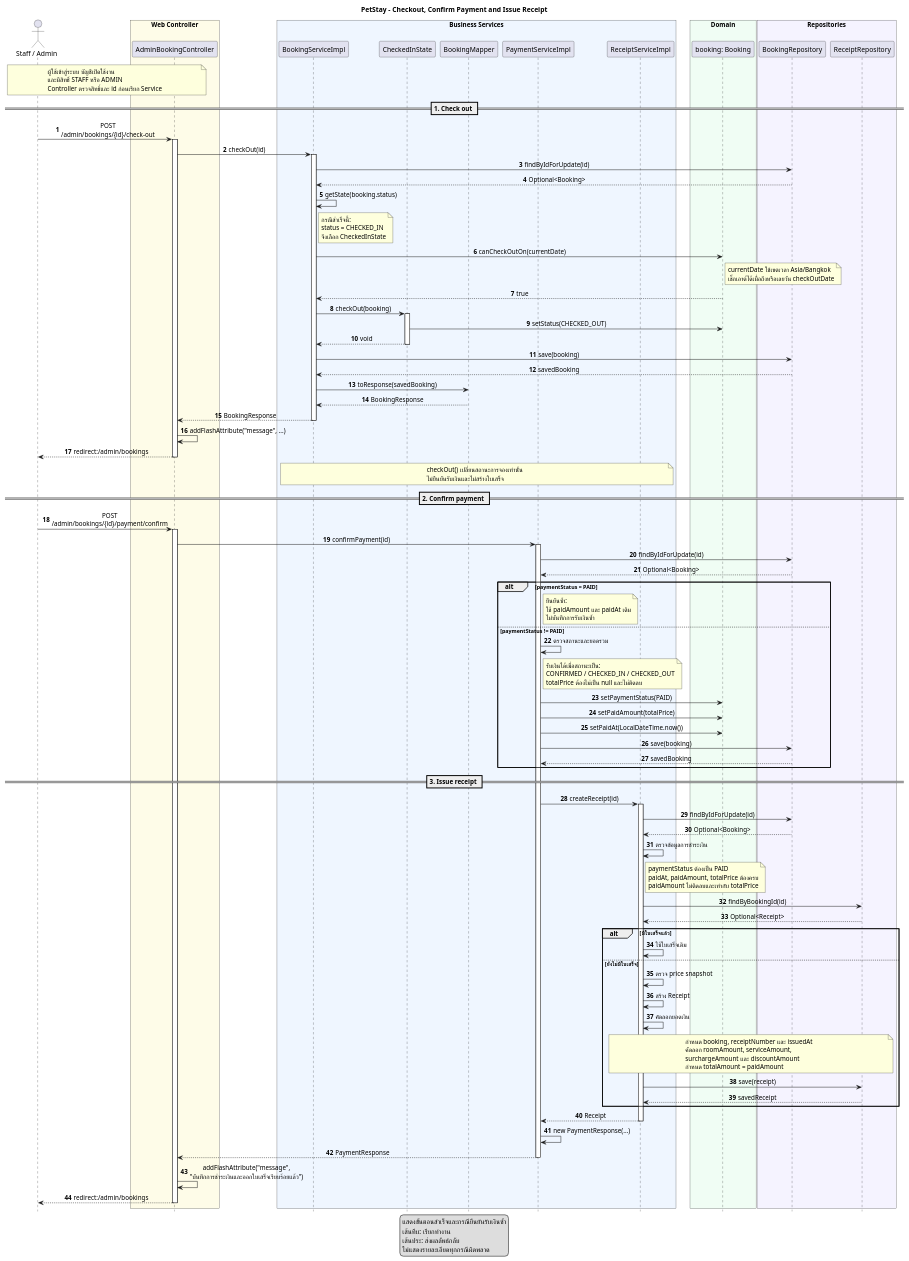
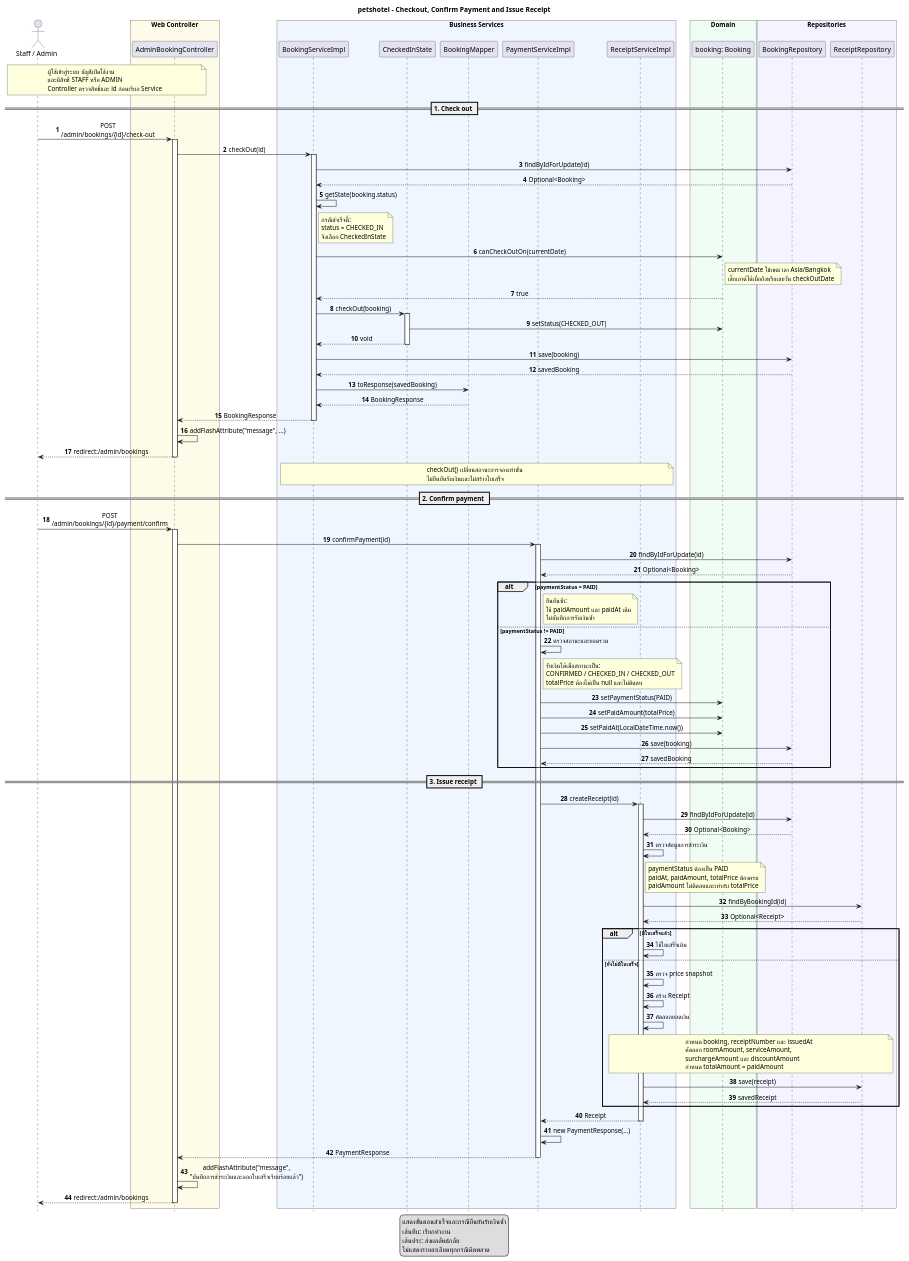
Before and after one commit to Tanut-oam/PetsHotel_Project: the diagram in doc/diagrams/sequence-checkout.puml, drawn with PlantUML. The commit also changed 3 other files, not shown here.

Commit message:
docs: rename diagram titles to petshotel

```diff
--- a/doc/diagrams/sequence-checkout.puml
+++ b/doc/diagrams/sequence-checkout.puml
@@ -1,183 +1,183 @@
 @startuml sequence-checkout
 
-title PetStay - Checkout, Confirm Payment and Issue Receipt
+title petshotel - Checkout, Confirm Payment and Issue Receipt
 
 autonumber
 hide footbox
 
 skinparam defaultFontName Tahoma
 skinparam shadowing false
 skinparam sequenceMessageAlign center
 skinparam responseMessageBelowArrow true
 skinparam maxMessageSize 220
 
 actor "Staff / Admin" as Staff
 
 box "Web Controller" #FEFCE8
     participant AdminBookingController as Controller
 end box
 
 box "Business Services" #EFF6FF
     participant BookingServiceImpl as BookingService
     participant CheckedInState as State
     participant BookingMapper as Mapper
     participant PaymentServiceImpl as PaymentService
     participant ReceiptServiceImpl as ReceiptService
 end box
 
 box "Domain" #F0FDF4
     participant "booking: Booking" as Booking
 end box
 
 box "Repositories" #F5F3FF
     participant BookingRepository as BookingRepo
     participant ReceiptRepository as ReceiptRepo
 end box
 
 note over Staff, Controller
     ผู้ใช้เข้าสู่ระบบ บัญชีเปิดใช้งาน
     และมีสิทธิ์ STAFF หรือ ADMIN
     Controller ตรวจสิทธิ์และ id ก่อนเรียก Service
 end note
 
 == 1. Check out ==
 
 Staff -> Controller : POST /admin/bookings/{id}/check-out
 activate Controller
 
 Controller -> BookingService : checkOut(id)
 activate BookingService
 
 BookingService -> BookingRepo : findByIdForUpdate(id)
 BookingRepo --> BookingService : Optional<Booking>
 
 BookingService -> BookingService : getState(booking.status)
 note right of BookingService
     กรณีสำเร็จนี้:
     status = CHECKED_IN
     จึงเลือก CheckedInState
 end note
 
 BookingService -> Booking : canCheckOutOn(currentDate)
 note right of Booking
     currentDate ใช้เขตเวลา Asia/Bangkok
     เช็กเอาต์ได้เมื่อถึงหรือเลยวัน checkOutDate
 end note
 Booking --> BookingService : true
 
 BookingService -> State : checkOut(booking)
 activate State
 State -> Booking : setStatus(CHECKED_OUT)
 State --> BookingService : void
 deactivate State
 
 BookingService -> BookingRepo : save(booking)
 BookingRepo --> BookingService : savedBooking
 
 BookingService -> Mapper : toResponse(savedBooking)
 Mapper --> BookingService : BookingResponse
 
 BookingService --> Controller : BookingResponse
 deactivate BookingService
 
 Controller -> Controller : addFlashAttribute("message", ...)
 Controller --> Staff : redirect:/admin/bookings
 deactivate Controller
 
 note over BookingService, ReceiptService
     checkOut() เปลี่ยนสถานะการจองเท่านั้น
     ไม่ยืนยันรับเงินและไม่สร้างใบเสร็จ
 end note
 
 == 2. Confirm payment ==
 
 Staff -> Controller : POST /admin/bookings/{id}/payment/confirm
 activate Controller
 
 Controller -> PaymentService : confirmPayment(id)
 activate PaymentService
 
 PaymentService -> BookingRepo : findByIdForUpdate(id)
 BookingRepo --> PaymentService : Optional<Booking>
 
 alt paymentStatus = PAID
     note right of PaymentService
         ยืนยันซ้ำ:
         ใช้ paidAmount และ paidAt เดิม
         ไม่บันทึกการรับเงินซ้ำ
     end note
 
 else paymentStatus != PAID
     PaymentService -> PaymentService : ตรวจสถานะและยอดรวม
 
     note right of PaymentService
         รับเงินได้เมื่อสถานะเป็น:
         CONFIRMED / CHECKED_IN / CHECKED_OUT
         totalPrice ต้องไม่เป็น null และไม่ติดลบ
     end note
 
     PaymentService -> Booking : setPaymentStatus(PAID)
     PaymentService -> Booking : setPaidAmount(totalPrice)
     PaymentService -> Booking : setPaidAt(LocalDateTime.now())
 
     PaymentService -> BookingRepo : save(booking)
     BookingRepo --> PaymentService : savedBooking
 end
 
 == 3. Issue receipt ==
 
 PaymentService -> ReceiptService : createReceipt(id)
 activate ReceiptService
 
 ReceiptService -> BookingRepo : findByIdForUpdate(id)
 BookingRepo --> ReceiptService : Optional<Booking>
 
 ReceiptService -> ReceiptService : ตรวจข้อมูลการชำระเงิน
 
 note right of ReceiptService
     paymentStatus ต้องเป็น PAID
     paidAt, paidAmount, totalPrice ต้องครบ
     paidAmount ไม่ติดลบและเท่ากับ totalPrice
 end note
 
 ReceiptService -> ReceiptRepo : findByBookingId(id)
 ReceiptRepo --> ReceiptService : Optional<Receipt>
 
 alt มีใบเสร็จแล้ว
     ReceiptService -> ReceiptService : ใช้ใบเสร็จเดิม
 
 else ยังไม่มีใบเสร็จ
     ReceiptService -> ReceiptService : ตรวจ price snapshot
     ReceiptService -> ReceiptService : สร้าง Receipt
     ReceiptService -> ReceiptService : คัดลอกยอดเงิน
 
     note over ReceiptService, ReceiptRepo
         กำหนด booking, receiptNumber และ issuedAt
         คัดลอก roomAmount, serviceAmount,
         surchargeAmount และ discountAmount
         กำหนด totalAmount = paidAmount
     end note
 
     ReceiptService -> ReceiptRepo : save(receipt)
     ReceiptRepo --> ReceiptService : savedReceipt
 end
 
 ReceiptService --> PaymentService : Receipt
 deactivate ReceiptService
 
 PaymentService -> PaymentService : new PaymentResponse(...)
 PaymentService --> Controller : PaymentResponse
 deactivate PaymentService
 
 Controller -> Controller : addFlashAttribute("message",\n"บันทึกการชำระเงินและออกใบเสร็จเรียบร้อยแล้ว")
 Controller --> Staff : redirect:/admin/bookings
 deactivate Controller
 
 legend bottom
     แสดงขั้นตอนสำเร็จและกรณียืนยันรับเงินซ้ำ
     เส้นทึบ: เรียกทำงาน
     เส้นประ: ส่งผลลัพธ์กลับ
     ไม่แสดงรายละเอียดทุกกรณีผิดพลาด
 endlegend
 
 @enduml
```
